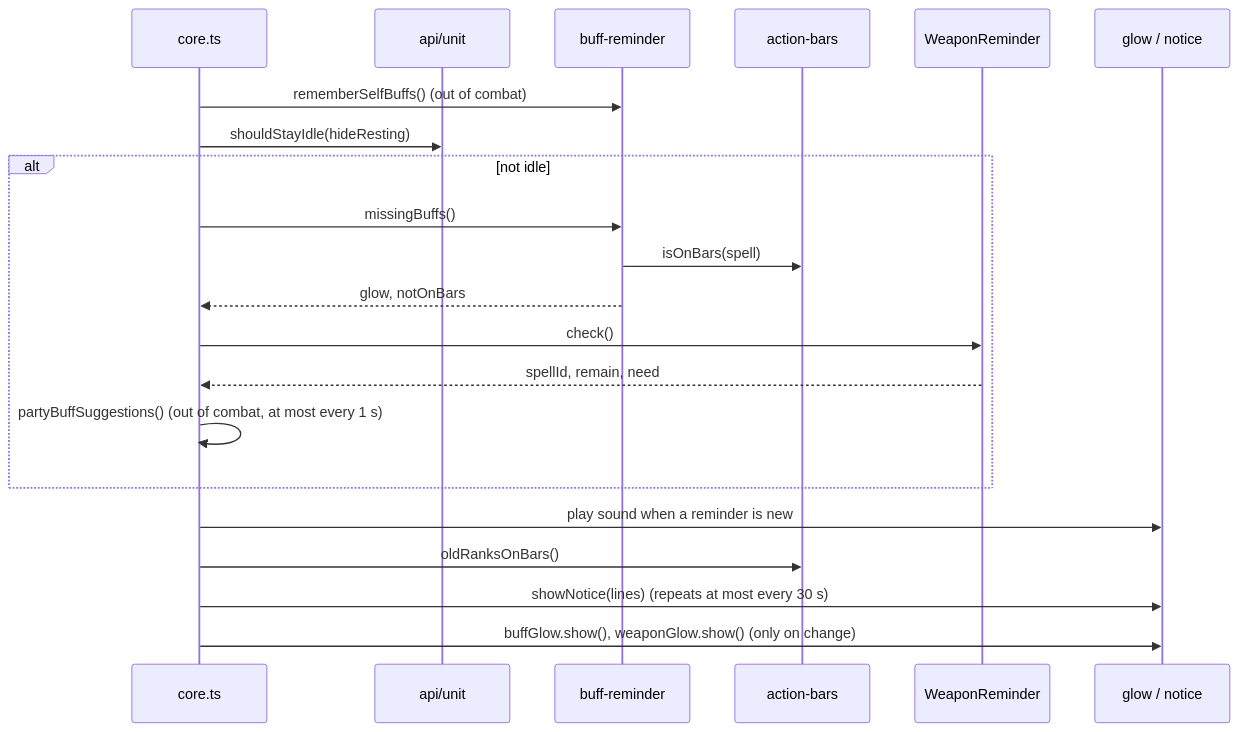
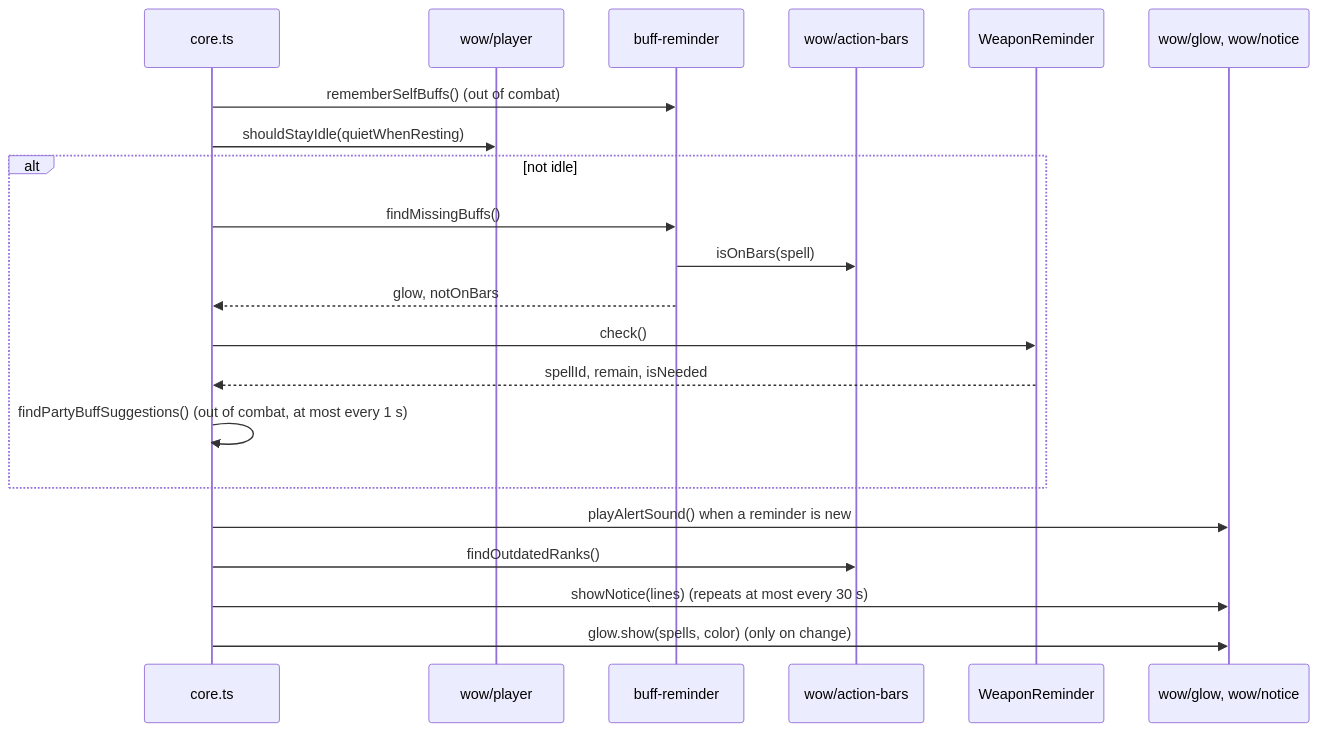
Before and after one commit to vattiss/wowkit: the fourth of 4 diagrams in docs/architecture.md, drawn with Mermaid. The commit also changed other lines of this file and 31 other files, not shown here.

First line of the commit message:
refactor: keep every Blizzard call in src/wow/ and src/ui/

````diff
--- a/docs/architecture.md
+++ b/docs/architecture.md
@@ -167,24 +126,24 @@
 ```mermaid
 sequenceDiagram
     participant Core as core.ts
-    participant Unit as api/unit
+    participant Player as wow/player
     participant Buff as buff-reminder
-    participant Bars as action-bars
+    participant Bars as wow/action-bars
     participant Weapon as WeaponReminder
-    participant Glow as glow / notice
+    participant Screen as wow/glow, wow/notice
 
     Core->>Buff: rememberSelfBuffs() (out of combat)
-    Core->>Unit: shouldStayIdle(hideResting)
+    Core->>Player: shouldStayIdle(quietWhenResting)
     alt not idle
-        Core->>Buff: missingBuffs()
+        Core->>Buff: findMissingBuffs()
         Buff->>Bars: isOnBars(spell)
         Buff-->>Core: glow, notOnBars
         Core->>Weapon: check()
-        Weapon-->>Core: spellId, remain, need
-        Core->>Core: partyBuffSuggestions() (out of combat, at most every 1 s)
+        Weapon-->>Core: spellId, remain, isNeeded
+        Core->>Core: findPartyBuffSuggestions() (out of combat, at most every 1 s)
     end
-    Core->>Glow: play sound when a reminder is new
-    Core->>Bars: oldRanksOnBars()
-    Core->>Glow: showNotice(lines) (repeats at most every 30 s)
-    Core->>Glow: buffGlow.show(), weaponGlow.show() (only on change)
+    Core->>Screen: playAlertSound() when a reminder is new
+    Core->>Bars: findOutdatedRanks()
+    Core->>Screen: showNotice(lines) (repeats at most every 30 s)
+    Core->>Screen: glow.show(spells, color) (only on change)
 ```
````
